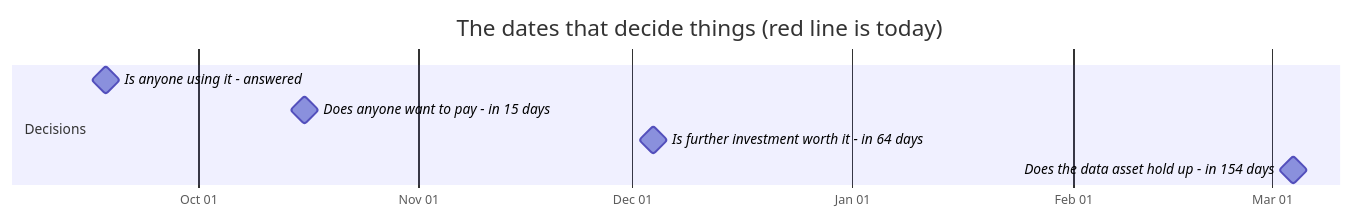
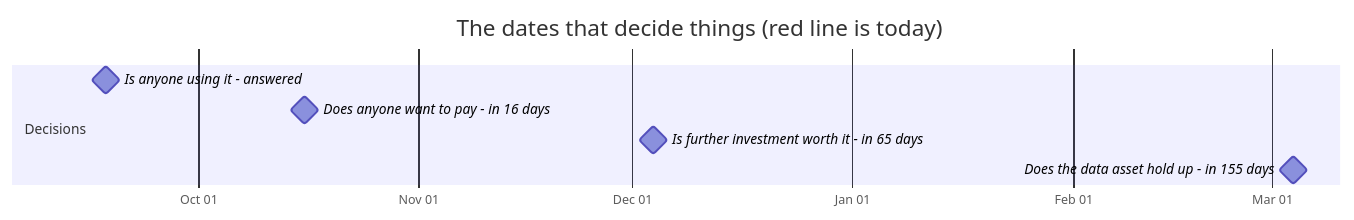
Before and after one commit to jakegu1/vetagent: the first of 2 diagrams in docs/OWNER.md, drawn with Mermaid. The commit also changed other lines of this file, not shown here.

````diff
--- a/docs/OWNER.md
+++ b/docs/OWNER.md
@@ -67,12 +67,12 @@
 ```mermaid
 gantt
     dateFormat YYYY-MM-DD
     axisFormat %b %d
     todayMarker stroke-width:3px,stroke:#d33,stroke-dasharray:0
     title The dates that decide things (red line is today)
     section Decisions
     Is anyone using it - answered :milestone, 2026-09-18, 0d
-    Does anyone want to pay - in 15 days :milestone, 2026-10-16, 0d
-    Is further investment worth it - in 64 days :milestone, 2026-12-04, 0d
-    Does the data asset hold up - in 154 days :milestone, 2027-03-04, 0d
+    Does anyone want to pay - in 16 days :milestone, 2026-10-16, 0d
+    Is further investment worth it - in 65 days :milestone, 2026-12-04, 0d
+    Does the data asset hold up - in 155 days :milestone, 2027-03-04, 0d
 ```
````
